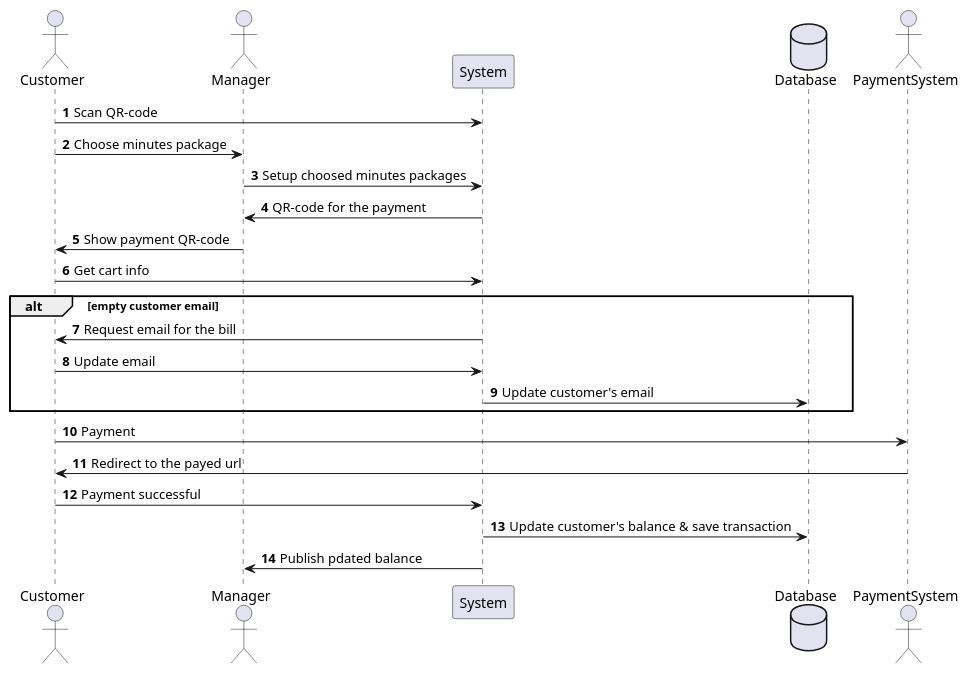
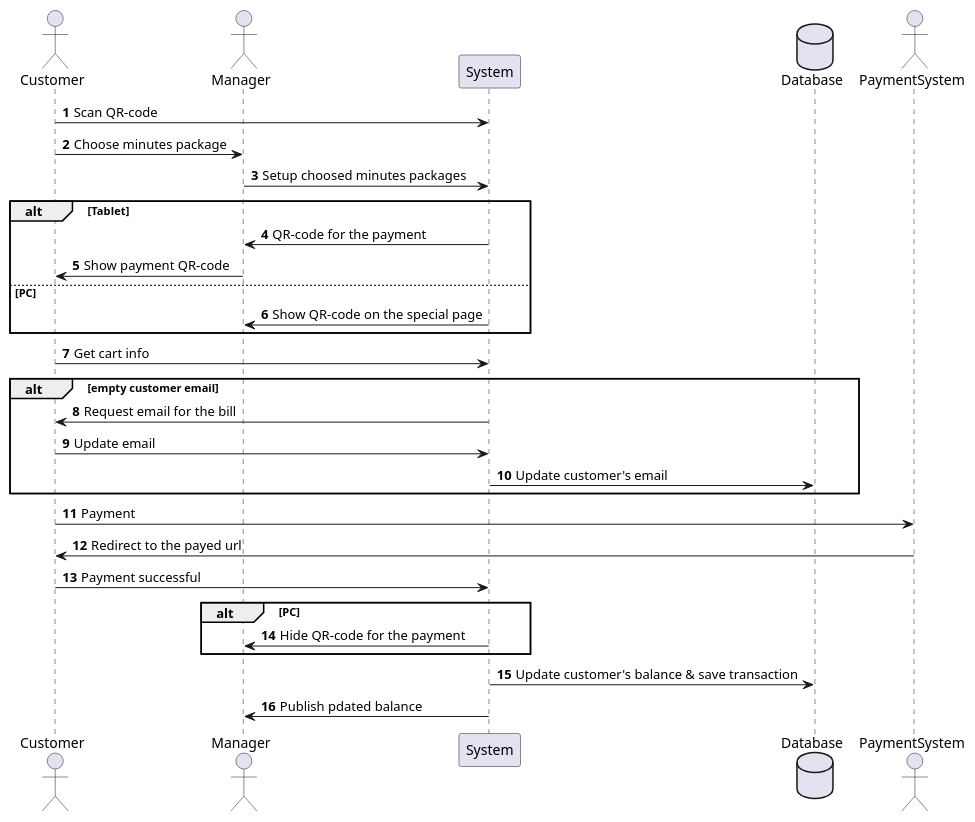
The diagram in projects/cyberpass/Technical requirements V2.md (scipunch/notes), drawn with PlantUML before and after one commit. The commit also changed other lines of this file and 2 other files, not shown here.

Commit message:
vault backup: 2024-09-02 17:06:52

````diff
--- a/projects/cyberpass/Technical requirements V2.md
+++ b/projects/cyberpass/Technical requirements V2.md
@@ -1,25 +1,32 @@
 ```plantuml
 actor Customer
 actor Manager
 participant System
 database Database
 actor PaymentSystem
 
 autonumber
 Customer -> System : Scan QR-code
 Customer -> Manager : Choose minutes package
 Manager -> System : Setup choosed minutes packages
-System -> Manager : QR-code for the payment
-Manager -> Customer : Show payment QR-code
+alt Tablet
+	System -> Manager : QR-code for the payment
+	Manager -> Customer : Show payment QR-code
+else PC
+	System -> Manager : Show QR-code on the special page
+end
 Customer -> System : Get cart info
 alt empty customer email
 	System -> Customer : Request email for the bill
 	Customer -> System : Update email
 	System -> Database : Update customer's email
 end
 Customer -> PaymentSystem : Payment
 PaymentSystem -> Customer : Redirect to the payed url
 Customer -> System : Payment successful
+alt PC
+	System -> Manager : Hide QR-code for the payment
+end
 System -> Database : Update customer's balance & save transaction
 System -> Manager : Publish pdated balance
 ```
````
